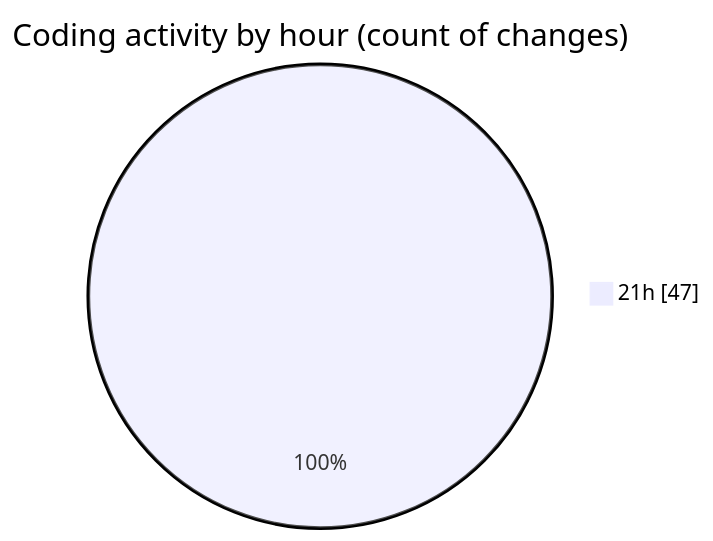
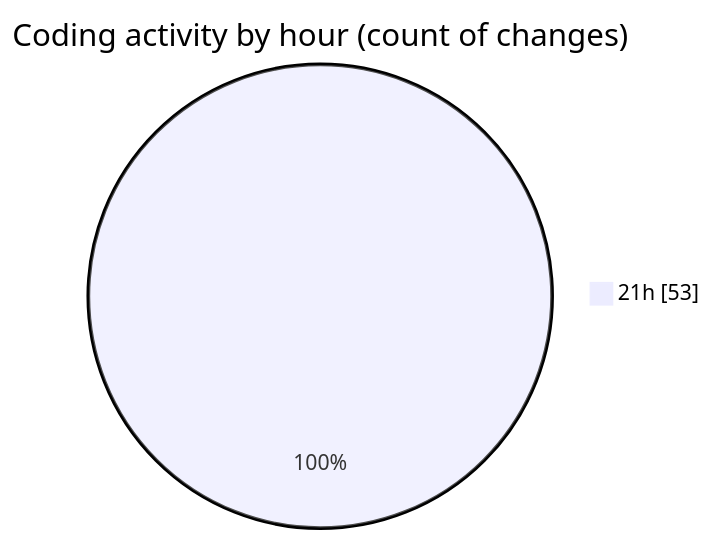
Before and after one commit to Netris89/code-tracking: the second of 2 diagrams in 2025-03-26/echo/README.md, drawn with Mermaid. The commit also changed other lines of this file and 1 other file, not shown here.

````diff
--- a/2025-03-26/echo/README.md
+++ b/2025-03-26/echo/README.md
@@ -34,5 +34,5 @@
 ```mermaid
 pie showData
 title Coding activity by hour (count of changes)
-"21h" : 47
+"21h" : 53
 ```
````
